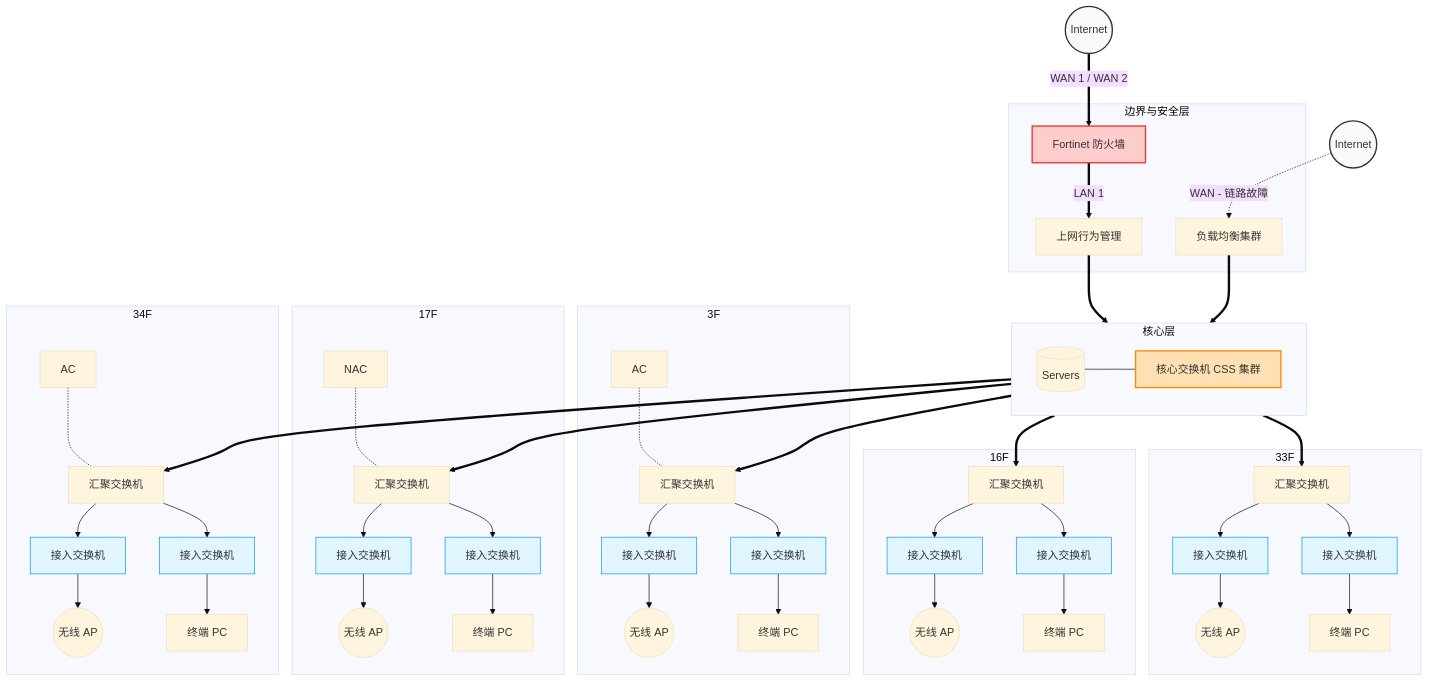
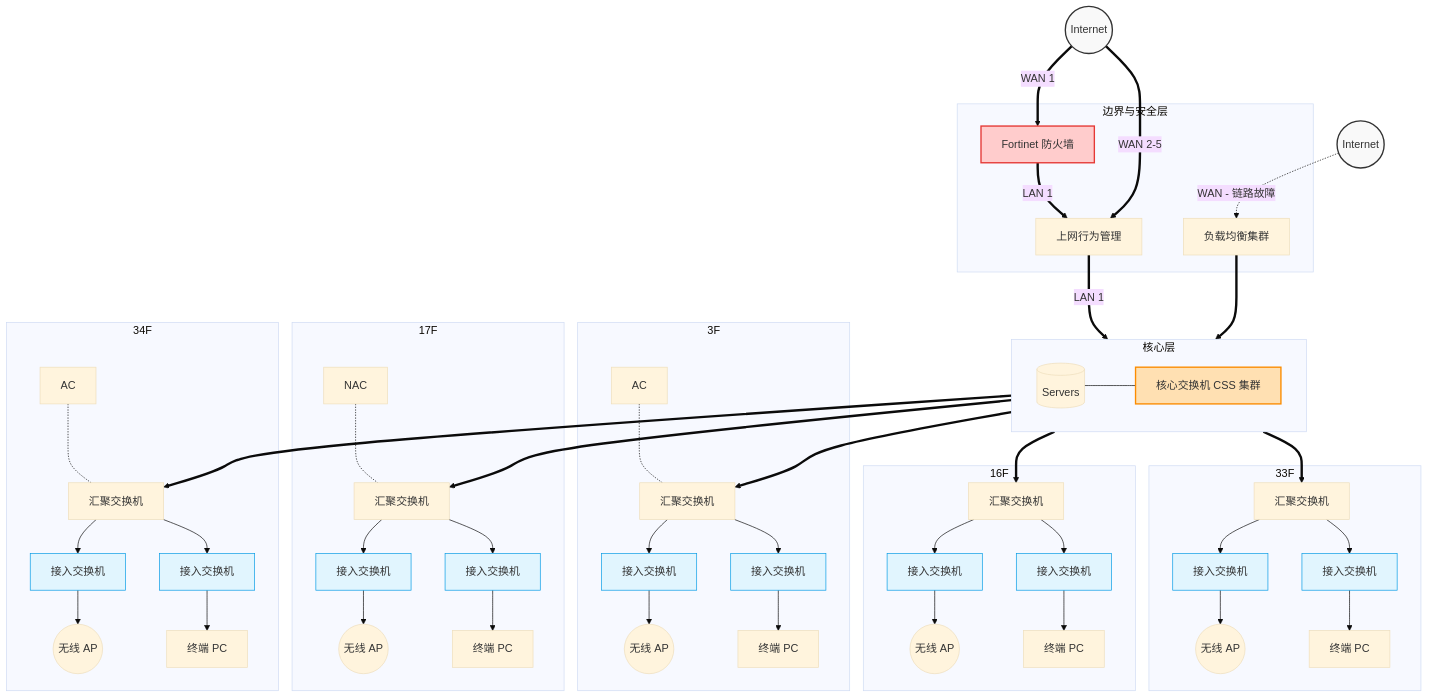
One commit to zzsdehsran/Network-Lab-Notes changed the diagram in VPN-Protocols/WireGuard/README.md. Above: the diagram before and after it, drawn with Mermaid (base theme).

```diff
--- a/VPN-Protocols/WireGuard/README.md
+++ b/VPN-Protocols/WireGuard/README.md
@@ -28,8 +28,10 @@
         BM[上网行为管理]
     end
 
+    %% 修正：精准还原多 WAN 口链路走向
     Net1 -.->|WAN - 链路故障| LB
-    Net2 ==>|WAN 1 / WAN 2| FW
+    Net2 ==>|WAN 1| FW
+    Net2 ==>|WAN 2-5| BM
     FW ==>|LAN 1| BM
 
     %% 核心层
@@ -41,7 +43,7 @@
     end
 
     LB ==> Core
-    BM ==> Core
+    BM ==>|LAN 1| Core
 
     %% 汇聚与接入层 (按楼层划分)
     %% 3F
```
